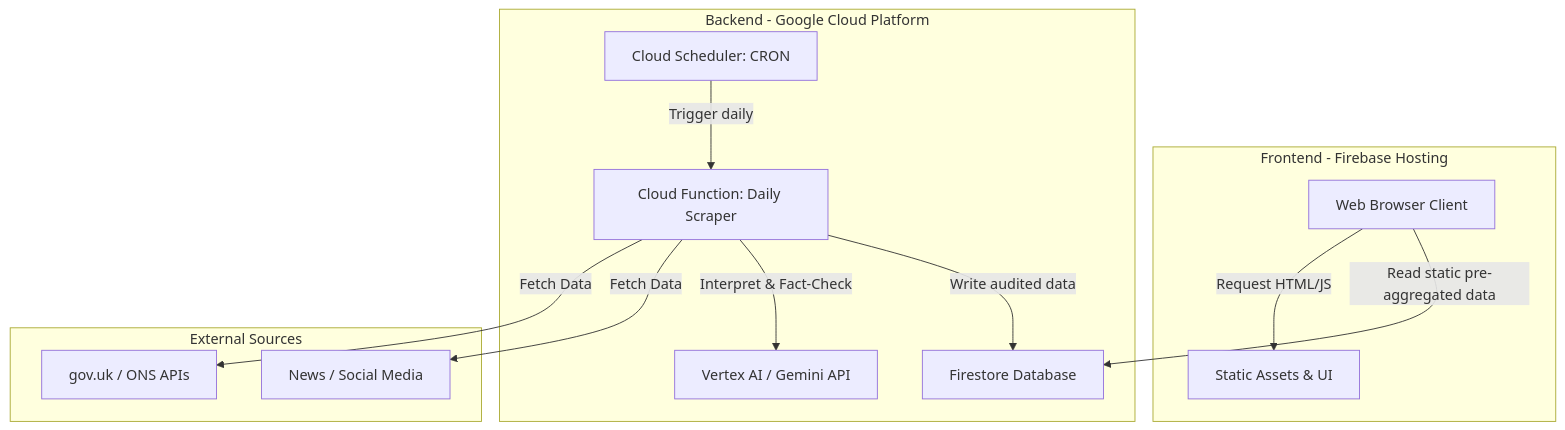
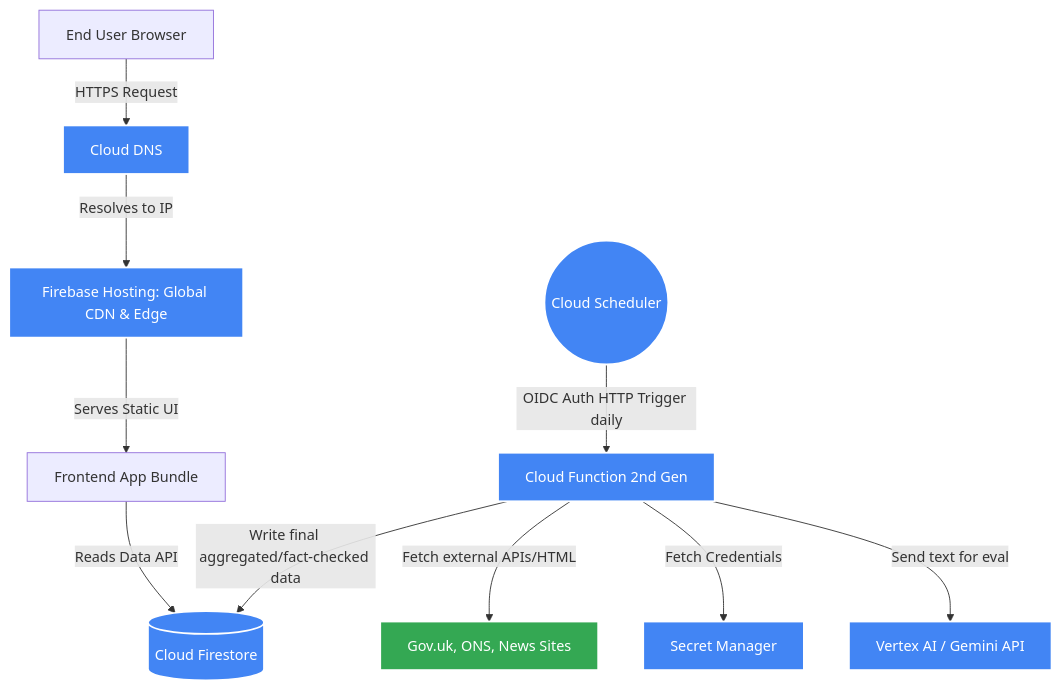
One commit to oliverconstance/housing-with-agents changed the diagram in docs/ARCHITECTURE.md. Above: the diagram before and after it, drawn with Mermaid. The commit also changed other lines of this file and 11 other files, not shown here.

````diff
--- a/docs/ARCHITECTURE.md
+++ b/docs/ARCHITECTURE.md
@@ -19,28 +46,23 @@
 ```mermaid
 graph TD
-    subgraph Frontend - Firebase Hosting
-        Client[Web Browser Client]
-        Static[Static Assets & UI]
-    end
-
-    subgraph Backend - Google Cloud Platform
-        API[Firestore Database]
-        Pipeline[Cloud Function: Daily Scraper]
-        Scheduler[Cloud Scheduler: CRON]
-        ML[Vertex AI / Gemini API]
-    end
-
-    subgraph External Sources
-        Gov[gov.uk / ONS APIs]
-        News[News / Social Media]
-    end
-
-    Scheduler -->|Trigger daily| Pipeline
-    Pipeline -->|Fetch Data| Gov
-    Pipeline -->|Fetch Data| News
-    Pipeline -->|Interpret & Fact-Check| ML
-    Pipeline -->|Write audited data| API
+    %% Users & Network
+    User[End User Browser] -->|HTTPS Request| DNS[Cloud DNS]
+    DNS -->|Resolves to IP| Edge[Firebase Hosting: Global CDN & Edge]
     
-    Client -->|Request HTML/JS| Static
-    Client -->|Read static pre-aggregated data| API
+    %% Frontend execution
+    Edge -->|Serves Static UI| UI[Frontend App Bundle]
+    UI -->|Reads Data API| Firestore[(Cloud Firestore)]
+    
+    %% Backend Scheduled Pipeline
+    Scheduler((Cloud Scheduler)) -->|OIDC Auth HTTP Trigger daily| Function[Cloud Function 2nd Gen]
+    Function -->|Fetch external APIs/HTML| ExtSources[Gov.uk, ONS, News Sites]
+    Function -->|Fetch Credentials| Secrets[Secret Manager]
+    Function -->|Send text for eval| Vertex[Vertex AI / Gemini API]
+    Function -->|Write final aggregated/fact-checked data| Firestore
+    
+    %% Styling
+    classDef gcp fill:#4285f4,stroke:#fff,stroke-width:2px,color:#fff;
+    classDef ext fill:#34a853,stroke:#fff,stroke-width:2px,color:#fff;
+    class Scheduler,Function,Firestore,Vertex,Secrets,Edge,DNS gcp;
+    class ExtSources ext;
 ```
````
